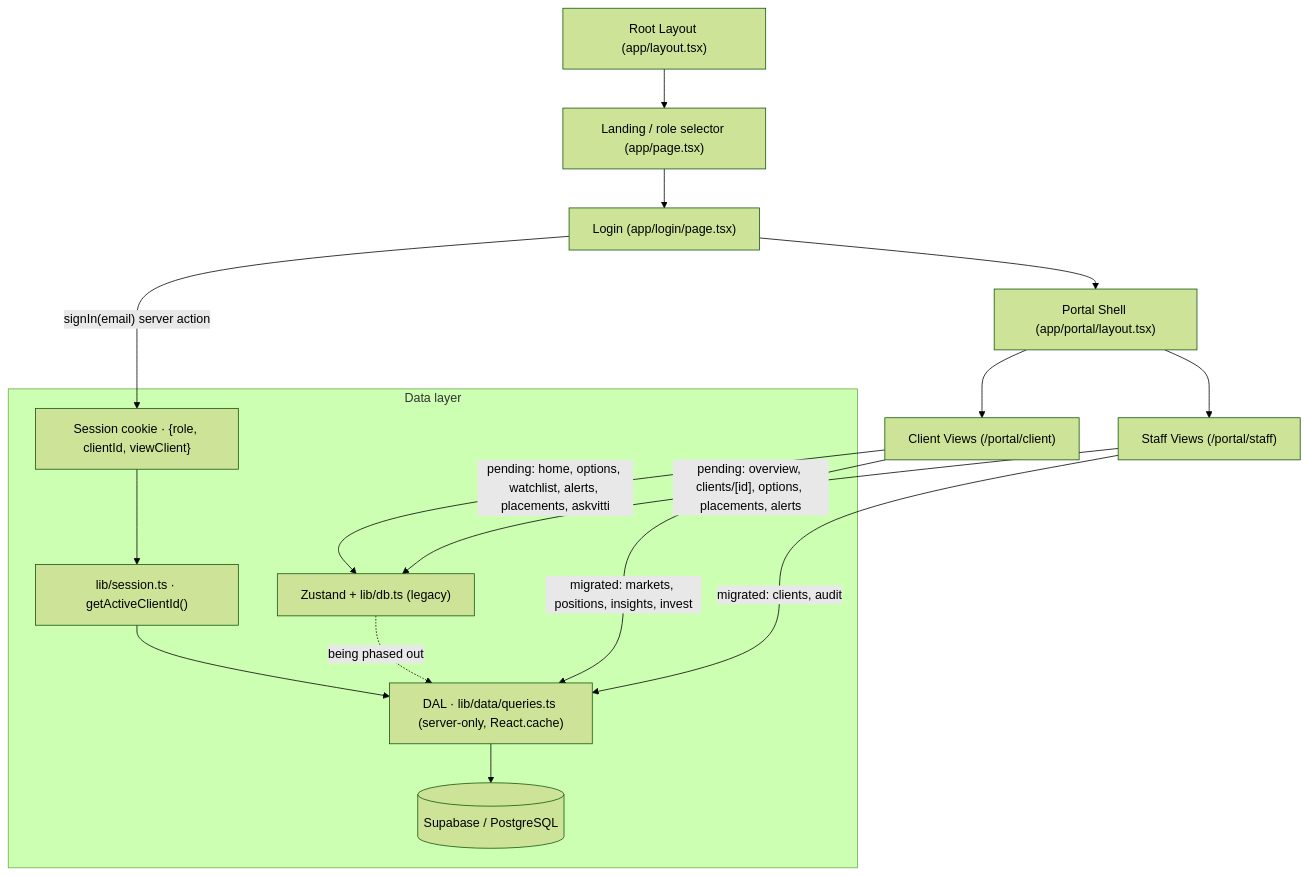
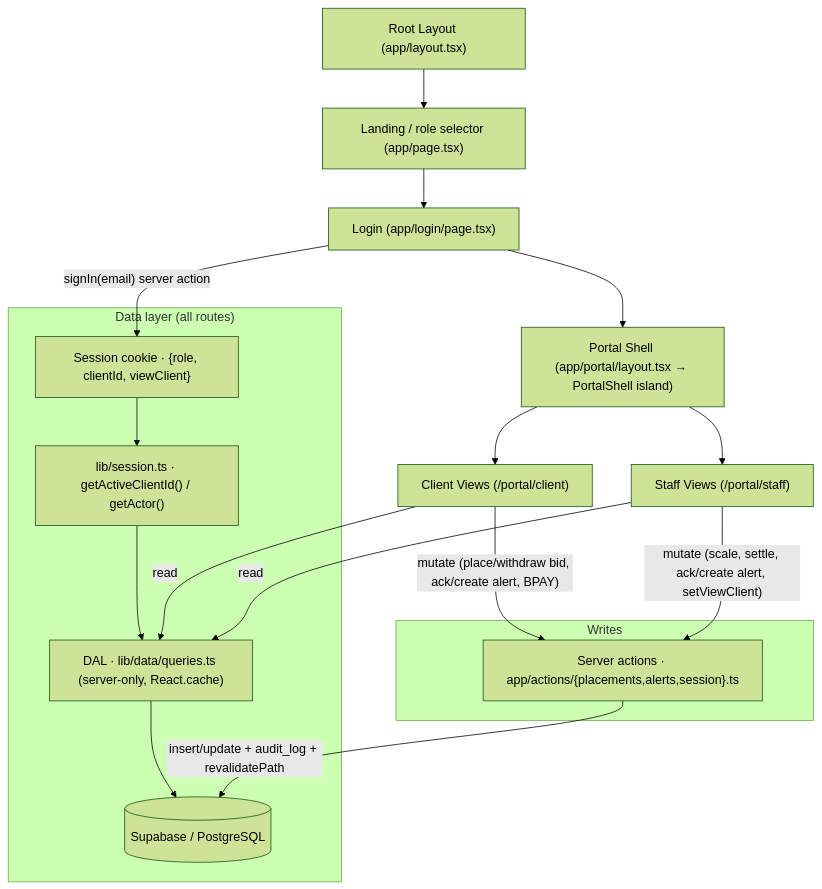
Before and after one commit to Vitti-Capital-Tech/client-dashboard: the diagram in docs/HLD.md, drawn with Mermaid (forest theme). The commit also changed other lines of this file and 2 other files, not shown here.

````diff
--- a/docs/HLD.md
+++ b/docs/HLD.md
@@ -17,22 +17,26 @@
 ```mermaid
 graph TD
     Root["Root Layout (app/layout.tsx)"] --> Landing["Landing / role selector (app/page.tsx)"]
     Landing --> Login["Login (app/login/page.tsx)"]
     Login -->|"signIn(email) server action"| Cookie["Session cookie · {role, clientId, viewClient}"]
-    Login --> E["Portal Shell (app/portal/layout.tsx)"]
+    Login --> E["Portal Shell (app/portal/layout.tsx → PortalShell island)"]
 
     E --> F["Client Views (/portal/client)"]
     E --> G["Staff Views (/portal/staff)"]
 
-    subgraph "Data layer"
-        Cookie --> Session["lib/session.ts · getActiveClientId()"]
+    subgraph "Data layer (all routes)"
+        Cookie --> Session["lib/session.ts · getActiveClientId() / getActor()"]
         Session --> DAL["DAL · lib/data/queries.ts (server-only, React.cache)"]
         DAL --> Supa[("Supabase / PostgreSQL")]
-        Store["Zustand + lib/db.ts (legacy)"] -.->|"being phased out"| DAL
     end
 
-    F -->|"migrated: markets, positions, insights, invest"| DAL
-    F -->|"pending: home, options, watchlist, alerts, placements, askvitti"| Store
-    G -->|"migrated: clients, audit"| DAL
-    G -->|"pending: overview, clients/[id], options, placements, alerts"| Store
+    subgraph "Writes"
+        Actions["Server actions · app/actions/{placements,alerts,session}.ts"]
+        Actions -->|"insert/update + audit_log + revalidatePath"| Supa
+    end
+
+    F -->|"read"| DAL
+    G -->|"read"| DAL
+    F -->|"mutate (place/withdraw bid, ack/create alert, BPAY)"| Actions
+    G -->|"mutate (scale, settle, ack/create alert, setViewClient)"| Actions
 ```
````
